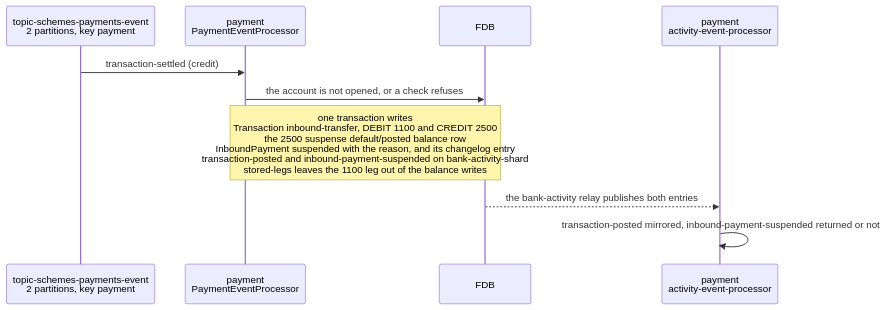
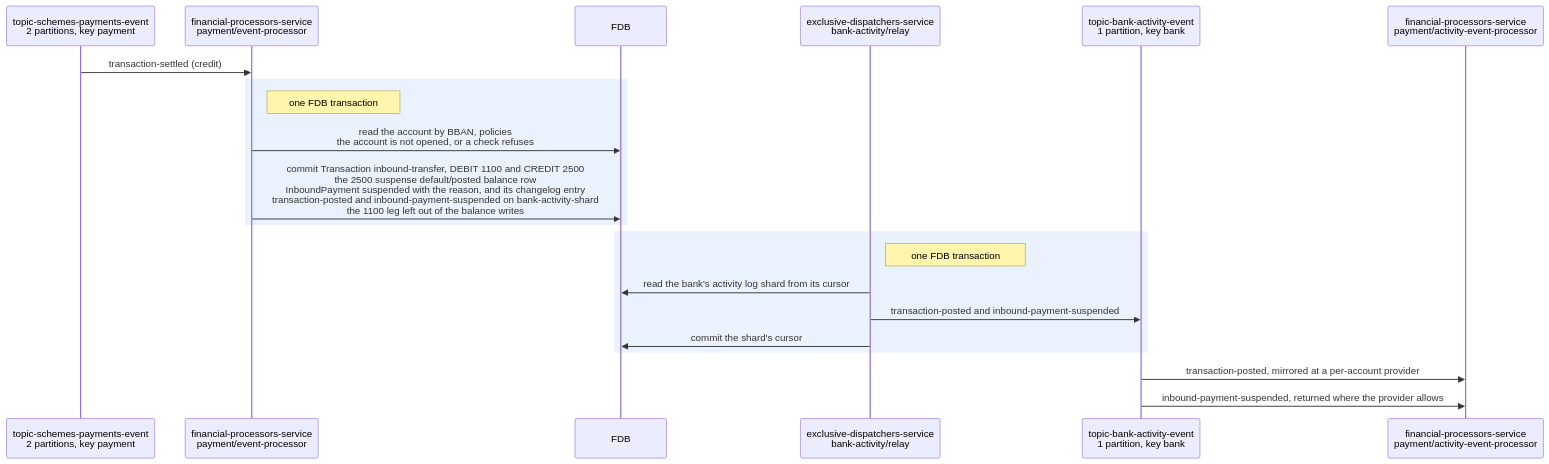
Before and after one commit to repldriven/queenswood: the third of 6 diagrams in docs/tdd/payments-inbound.md, drawn with Mermaid. The commit also changed other lines of this file and 1 other file, not shown here.

First line of the commit message:
Draw each FDB transaction as a commit to it, and name every participant as it is in the code

````diff
--- a/docs/tdd/payments-inbound.md
+++ b/docs/tdd/payments-inbound.md
@@ -105,12 +126,23 @@
 ```mermaid
 sequenceDiagram
     participant SE as topic-schemes-payments-event<br/>2 partitions, key payment
-    participant PE as payment<br/>PaymentEventProcessor
+    participant PE as financial-processors-service<br/>payment/event-processor
     participant DB as FDB
-    participant AP as payment<br/>activity-event-processor
+    participant AR as exclusive-dispatchers-service<br/>bank-activity/relay
+    participant AE as topic-bank-activity-event<br/>1 partition, key bank
+    participant AP as financial-processors-service<br/>payment/activity-event-processor
     SE->>PE: transaction-settled (credit)
-    PE->>DB: the account is not opened, or a check refuses
-    Note over PE,DB: one transaction writes<br/>Transaction inbound-transfer, DEBIT 1100 and CREDIT 2500<br/>the 2500 suspense default/posted balance row<br/>InboundPayment suspended with the reason, and its changelog entry<br/>transaction-posted and inbound-payment-suspended on bank-activity-shard<br/>stored-legs leaves the 1100 leg out of the balance writes
-    DB-->>AP: the bank-activity relay publishes both entries
-    AP->>AP: transaction-posted mirrored, inbound-payment-suspended returned or not
+    rect rgb(235, 242, 255)
+    Note right of PE: one FDB transaction
+    PE->>DB: read the account by BBAN, policies<br/>the account is not opened, or a check refuses
+    PE->>DB: commit Transaction inbound-transfer, DEBIT 1100 and CREDIT 2500<br/>the 2500 suspense default/posted balance row<br/>InboundPayment suspended with the reason, and its changelog entry<br/>transaction-posted and inbound-payment-suspended on bank-activity-shard<br/>the 1100 leg left out of the balance writes
+    end
+    rect rgb(235, 242, 255)
+    Note right of AR: one FDB transaction
+    AR->>DB: read the bank's activity log shard from its cursor
+    AR->>AE: transaction-posted and inbound-payment-suspended
+    AR->>DB: commit the shard's cursor
+    end
+    AE->>AP: transaction-posted, mirrored at a per-account provider
+    AE->>AP: inbound-payment-suspended, returned where the provider allows
 ```
````
